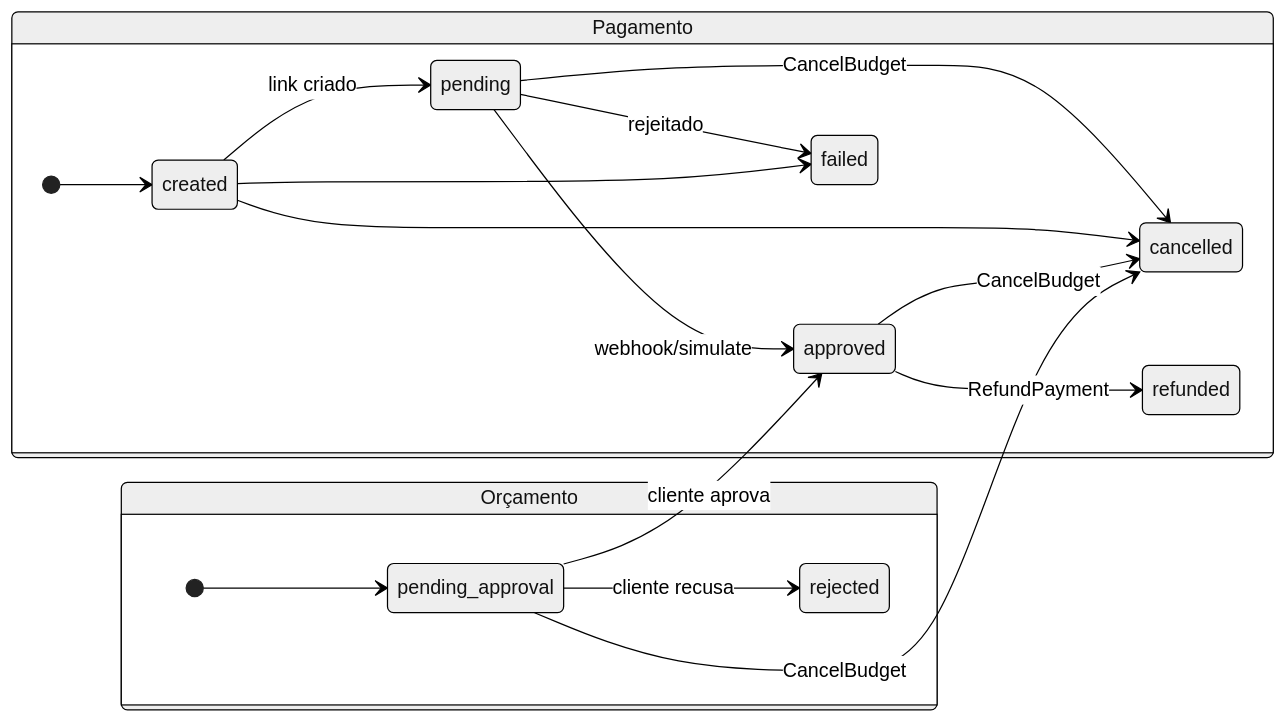
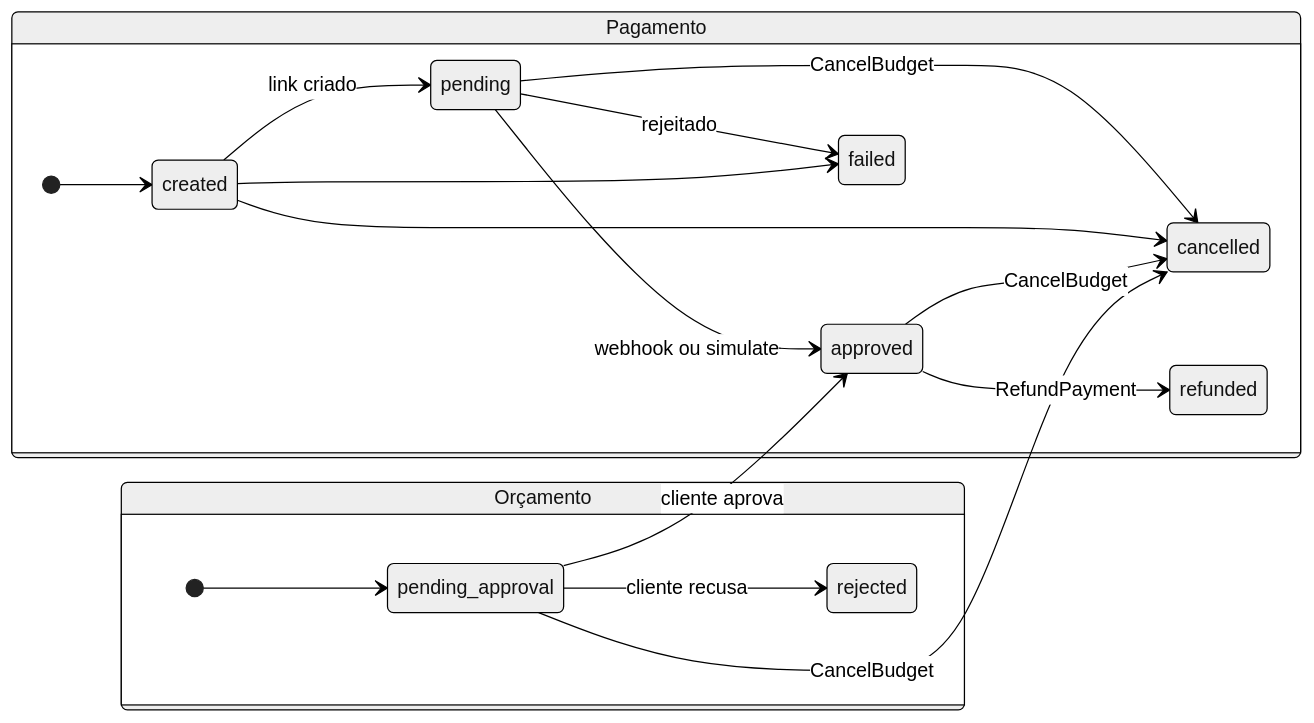
One commit to Kc1t/postech-tc4-billing-service changed the fourth of 4 diagrams in README.md. Above: the diagram before and after it, drawn with Mermaid (neutral theme). The commit also changed other lines of this file, not shown here.

````diff
--- a/README.md
+++ b/README.md
@@ -208,21 +262,21 @@
 ```mermaid
 stateDiagram-v2
     direction LR
     state "Orçamento" as B {
         [*] --> pending_approval
         pending_approval --> approved: cliente aprova
         pending_approval --> rejected: cliente recusa
         pending_approval --> cancelled: CancelBudget
         approved --> cancelled: CancelBudget
     }
     state "Pagamento" as P {
         [*] --> created
         created --> pending: link criado
         created --> failed
         created --> cancelled
-        pending --> approved: webhook/simulate
+        pending --> approved: webhook ou simulate
         pending --> failed: rejeitado
         pending --> cancelled: CancelBudget
         approved --> refunded: RefundPayment
     }
 ```
````
